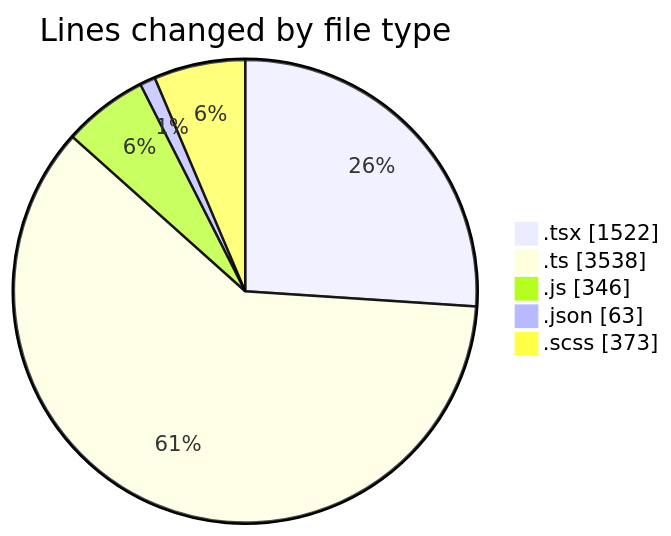
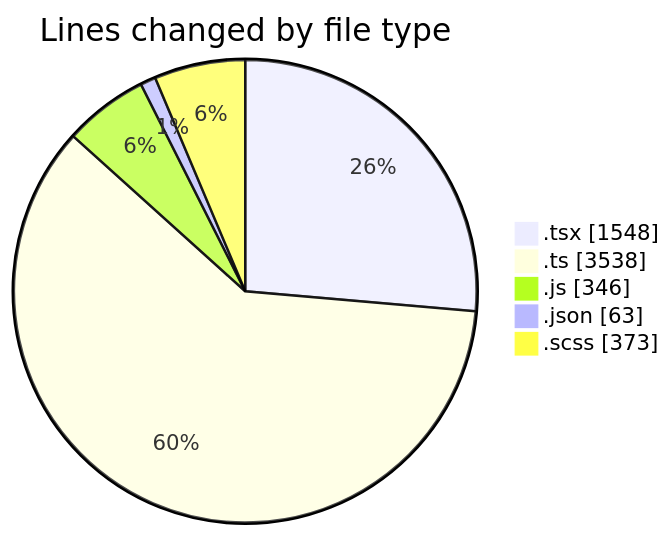
The first of 2 diagrams in 2025-12-01/cda/README.md (momahboobian/code-tracking), drawn with Mermaid before and after one commit. The commit also changed other lines of this file and 1 other file, not shown here.

````diff
--- a/2025-12-01/cda/README.md
+++ b/2025-12-01/cda/README.md
@@ -33,9 +33,9 @@
 ```mermaid
 pie showData
 title Lines changed by file type
-".tsx" : 1522
+".tsx" : 1548
 ".ts" : 3538
 ".js" : 346
 ".json" : 63
 ".scss" : 373
 ```
````
